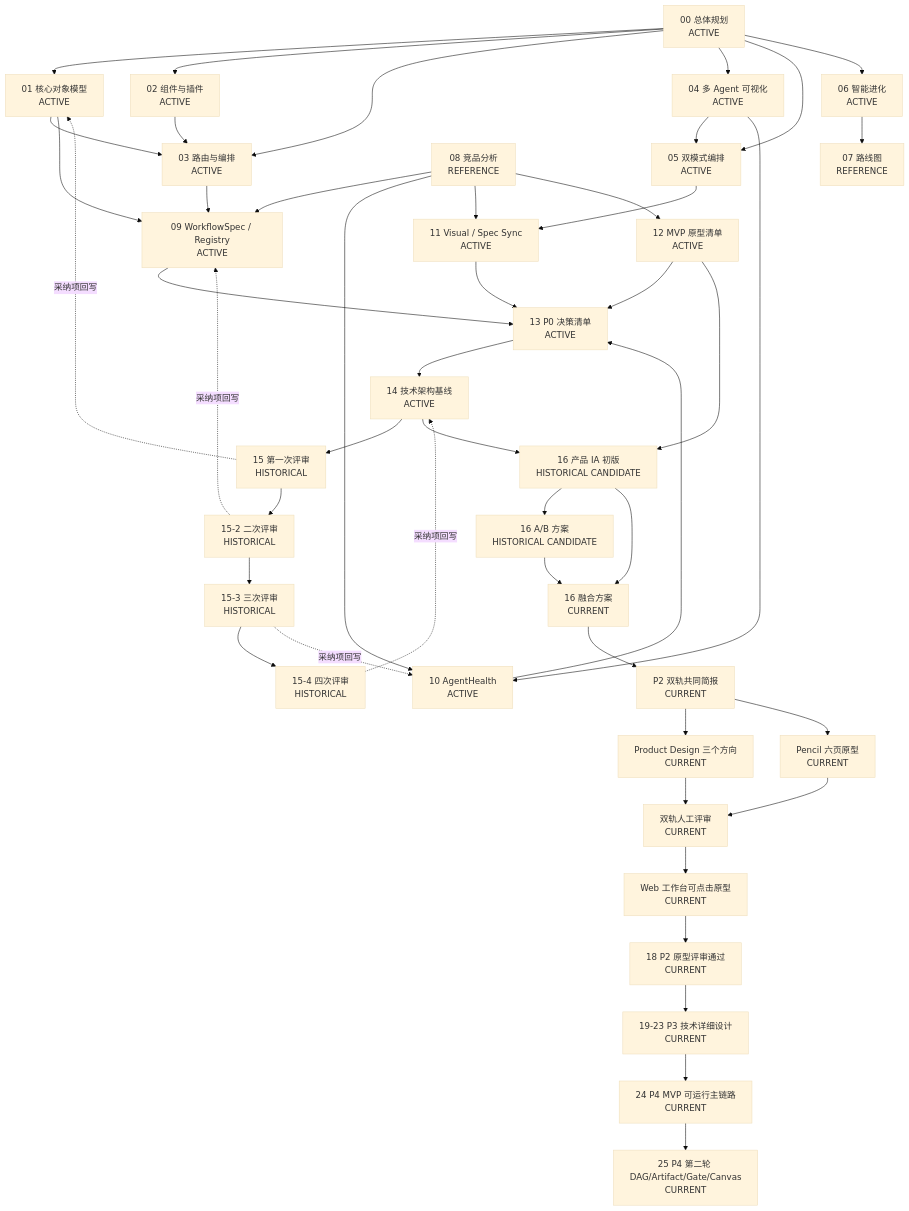
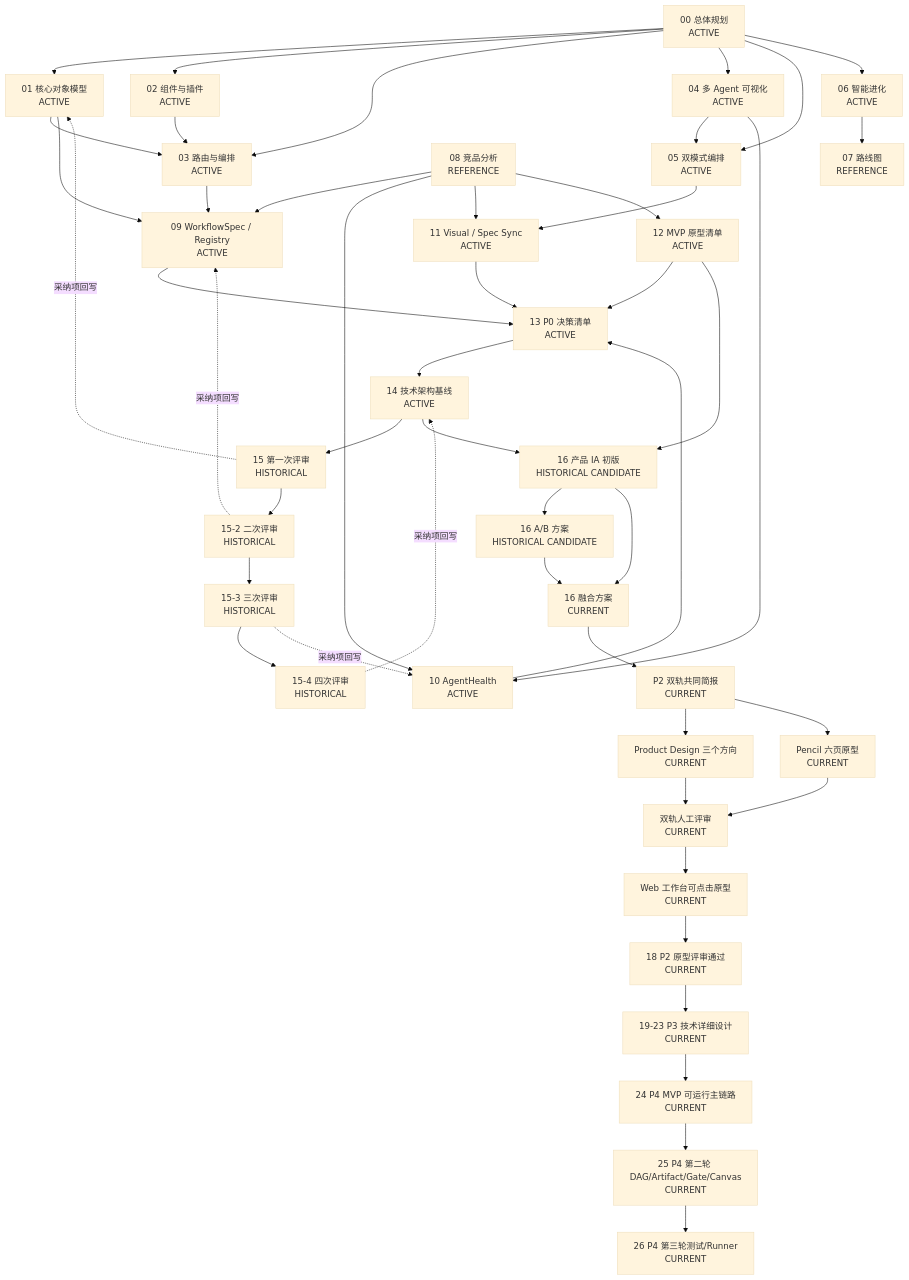
Before and after one commit to haozhangyue/miracle-agent: the diagram in 17_文档资产关联与AI阅读导航.md, drawn with Mermaid (base theme). The commit also changed other lines of this file and 14 other files, not shown here.

````diff
--- a/17_文档资产关联与AI阅读导航.md
+++ b/17_文档资产关联与AI阅读导航.md
@@ -78,67 +78,68 @@
 ```mermaid
 flowchart TD
   P00["00 总体规划<br/>ACTIVE"]
   P01["01 核心对象模型<br/>ACTIVE"]
   P02["02 组件与插件<br/>ACTIVE"]
   P03["03 路由与编排<br/>ACTIVE"]
   P04["04 多 Agent 可视化<br/>ACTIVE"]
   P05["05 双模式编排<br/>ACTIVE"]
   P06["06 智能进化<br/>ACTIVE"]
   P07["07 路线图<br/>REFERENCE"]
 
   P00 --> P01
   P00 --> P02
   P00 --> P03
   P00 --> P04
   P00 --> P05
   P00 --> P06
   P01 --> P03
   P02 --> P03
   P04 --> P05
   P06 --> P07
 
   P08["08 竞品分析<br/>REFERENCE"]
   P08 --> P09["09 WorkflowSpec / Registry<br/>ACTIVE"]
   P08 --> P10["10 AgentHealth<br/>ACTIVE"]
   P08 --> P11["11 Visual / Spec Sync<br/>ACTIVE"]
   P08 --> P12["12 MVP 原型清单<br/>ACTIVE"]
 
   P01 --> P09
   P03 --> P09
   P04 --> P10
   P05 --> P11
 
   P09 --> P13["13 P0 决策清单<br/>ACTIVE"]
   P10 --> P13
   P11 --> P13
   P12 --> P13
 
   P13 --> P14["14 技术架构基线<br/>ACTIVE"]
 
   P14 --> R1["15 第一次评审<br/>HISTORICAL"]
   R1 --> R2["15-2 二次评审<br/>HISTORICAL"]
   R2 --> R3["15-3 三次评审<br/>HISTORICAL"]
   R3 --> R4["15-4 四次评审<br/>HISTORICAL"]
 
   R1 -.采纳项回写.-> P01
   R2 -.采纳项回写.-> P09
   R3 -.采纳项回写.-> P10
   R4 -.采纳项回写.-> P14
 
   P14 --> IA1["16 产品 IA 初版<br/>HISTORICAL CANDIDATE"]
   P12 --> IA1
   IA1 --> IAB["16 A/B 方案<br/>HISTORICAL CANDIDATE"]
   IA1 --> IAF["16 融合方案<br/>CURRENT"]
   IAB --> IAF
 
   IAF --> Brief["P2 双轨共同简报<br/>CURRENT"]
   Brief --> PD["Product Design 三个方向<br/>CURRENT"]
   Brief --> Pencil["Pencil 六页原型<br/>CURRENT"]
   PD --> Review["双轨人工评审<br/>CURRENT"]
   Pencil --> Review
   Review --> Fusion["Web 工作台可点击原型<br/>CURRENT"]
   Fusion --> P18["18 P2 原型评审通过<br/>CURRENT"]
   P18 --> P3["19-23 P3 技术详细设计<br/>CURRENT"]
   P3 --> P4["24 P4 MVP 可运行主链路<br/>CURRENT"]
   P4 --> P4B["25 P4 第二轮 DAG/Artifact/Gate/Canvas<br/>CURRENT"]
+  P4B --> P4C["26 P4 第三轮测试/Runner<br/>CURRENT"]
 ```
````
